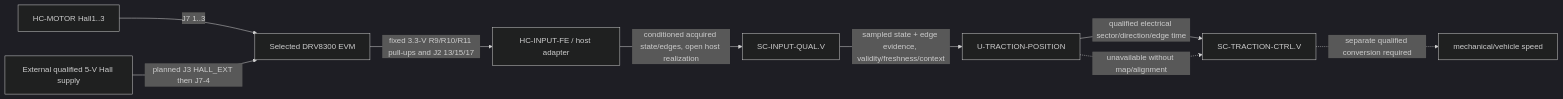
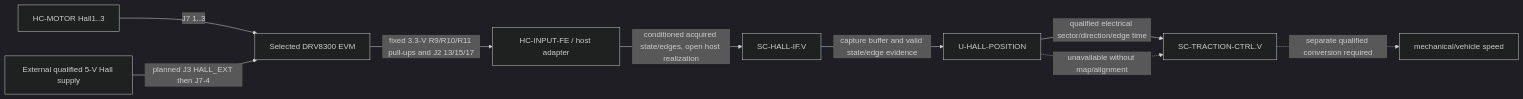
The second of 8 diagrams in .devenv/Architecture/DetailedDesign/DD-003_Static_Software_Architecture_Views.md (dhellhake/X2CityMCU), drawn with Mermaid (dark theme) before and after one commit. The commit also changed other lines of this file and 71 other files, not shown here.

Commit message:
Added Data-Flow to all architecture layers

````diff
--- a/.devenv/Architecture/DetailedDesign/DD-003_Static_Software_Architecture_Views.md
+++ b/.devenv/Architecture/DetailedDesign/DD-003_Static_Software_Architecture_Views.md
@@ -40,11 +50,11 @@
 ```mermaid
 flowchart LR
-    H[HC-MOTOR Hall1..3] -->|J7 1..3| E[Selected DRV8300 EVM]
+    HM[HC-MOTOR Hall1..3] -->|J7 1..3| E[Selected DRV8300 EVM]
     V5[External qualified 5-V Hall supply] -->|planned J3 HALL_EXT then J7-4| E
     E -->|fixed 3.3-V R9/R10/R11 pull-ups and J2 13/15/17| FE[HC-INPUT-FE / host adapter]
-    FE -->|conditioned acquired state/edges, open host realization| I[SC-INPUT-QUAL.V]
-    I -->|sampled state + edge evidence, validity/freshness/context| P[U-TRACTION-POSITION]
+    FE -->|conditioned acquired state/edges, open host realization| HIF[SC-HALL-IF.V]
+    HIF -->|capture buffer and valid state/edge evidence| P[U-HALL-POSITION]
     P -->|qualified electrical sector/direction/edge time| T[SC-TRACTION-CTRL.V]
     P -.->|unavailable without map/alignment| T
     T -.->|separate qualified conversion required| S[mechanical/vehicle speed]
 ```
````
